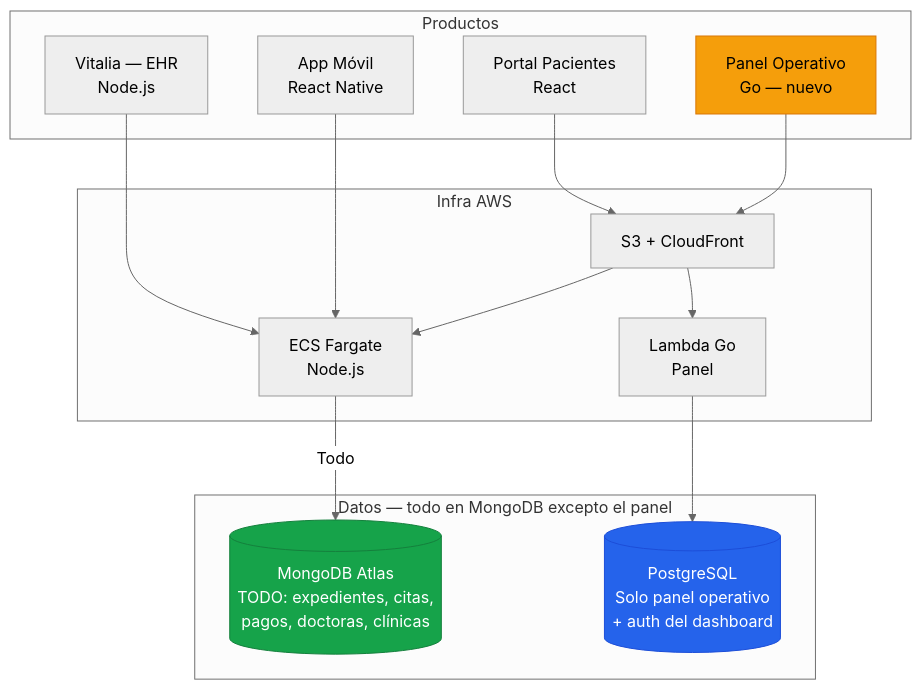
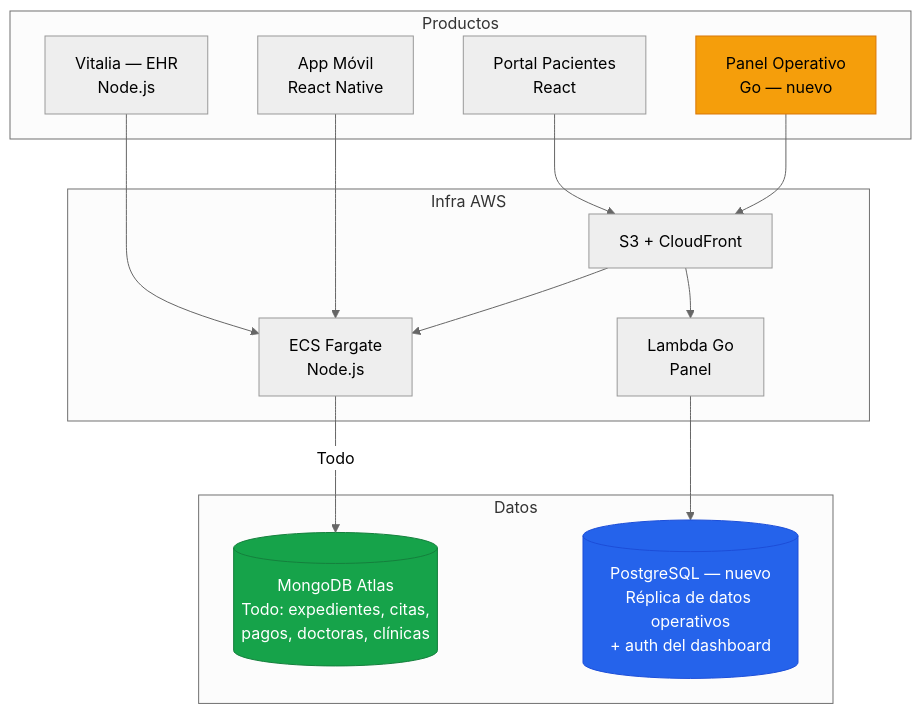
Before and after one commit to gmeono94/nua-salud-panel: diagram 13 of 22 in README.md, drawn with Mermaid (neutral theme). The commit also changed other lines of this file, not shown here.

First line of the commit message:
docs: split architecture into 3 diagrams and strengthen Node.js vs Go justification

````diff
--- a/README.md
+++ b/README.md
@@ -654,34 +685,34 @@
 ```mermaid
 graph TB
     subgraph "Productos"
         V[Vitalia — EHR<br/>Node.js]
         PP[Portal Pacientes<br/>React]
         MA[App Móvil<br/>React Native]
         DP[Panel Operativo<br/>Go — nuevo]
     end
 
-    subgraph "Datos — todo en MongoDB excepto el panel"
-        MDB[(MongoDB Atlas<br/>TODO: expedientes, citas,<br/>pagos, doctoras, clínicas)]
-        PG[(PostgreSQL<br/>Solo panel operativo<br/>+ auth del dashboard)]
+    subgraph "Datos"
+        MDB[(MongoDB Atlas<br/>Todo: expedientes, citas,<br/>pagos, doctoras, clínicas)]
+        PG[(PostgreSQL — nuevo<br/>Réplica de datos operativos<br/>+ auth del dashboard)]
     end
 
     subgraph "Infra AWS"
         ECS[ECS Fargate<br/>Node.js]
         LAM[Lambda Go<br/>Panel]
         S3[S3 + CloudFront]
     end
 
     V --> ECS
     PP --> S3
     MA --> ECS
     DP --> S3
 
     ECS -->|Todo| MDB
     S3 --> ECS
     S3 --> LAM
     LAM --> PG
 
     style MDB fill:#16a34a,stroke:#15803d,color:#fff
     style PG fill:#2563eb,stroke:#1d4ed8,color:#fff
     style DP fill:#f59e0b,stroke:#d97706,color:#000
 ```
````
